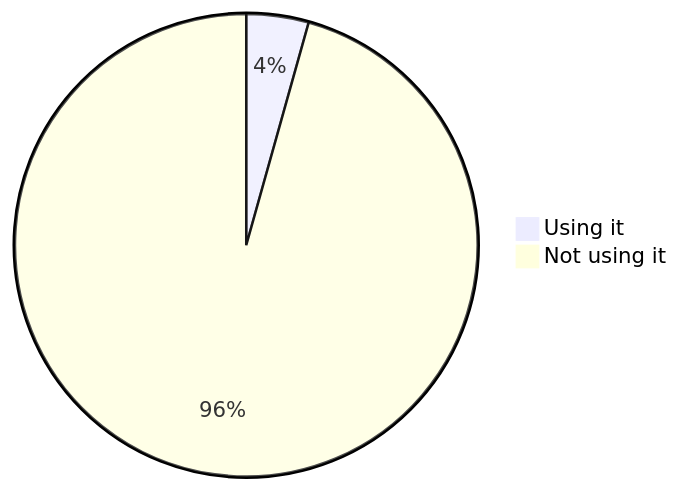
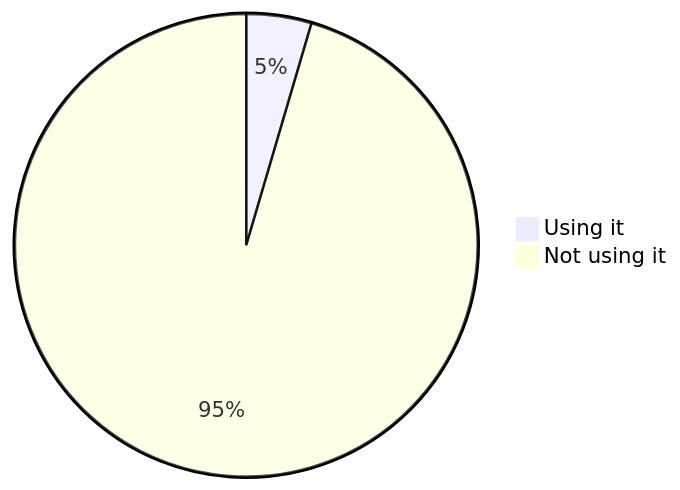
The sixth of 22 diagrams in stats.md (oshp/oshp-stats), drawn with Mermaid before and after one commit. The commit also changed other lines of this file, not shown here.

````diff
--- a/stats.md
+++ b/stats.md
@@ -70,6 +70,6 @@
 ```mermaid
 pie
-	"Using it" : 4.35
-	"Not using it" : 95.65
+	"Using it" : 4.55
+	"Not using it" : 95.45
 
 ```
````
